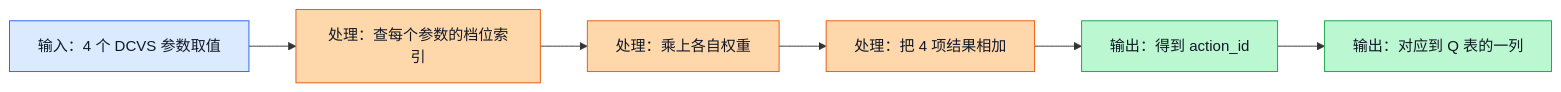
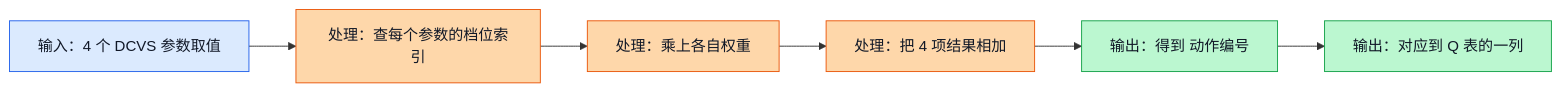
One commit to Mrphase/RL-Doc changed the first of 5 diagrams in learn/07_Tabular_Q_Learning.md. Above: the diagram before and after it, drawn with Mermaid. The commit also changed other lines of this file and 14 other files, not shown here.

First line of the commit message:
fix: clean mermaid labels in learn docs

````diff
--- a/learn/07_Tabular_Q_Learning.md
+++ b/learn/07_Tabular_Q_Learning.md
@@ -87,16 +87,16 @@
 ```mermaid
 flowchart LR
     P1[输入：4 个 DCVS 参数取值] --> I[处理：查每个参数的档位索引]
     I --> W[处理：乘上各自权重]
     W --> S[处理：把 4 项结果相加]
-    S --> AID[输出：得到 action_id]
+    S --> AID[输出：得到 动作编号]
     AID --> QT[输出：对应到 Q 表的一列]
 
     classDef input fill:#dbeafe,stroke:#2563eb,color:#111827;
     classDef process fill:#fed7aa,stroke:#ea580c,color:#111827;
     classDef output fill:#bbf7d0,stroke:#16a34a,color:#111827;
 
     class P1 input;
     class I,W,S process;
     class AID,QT output;
 ```
````
